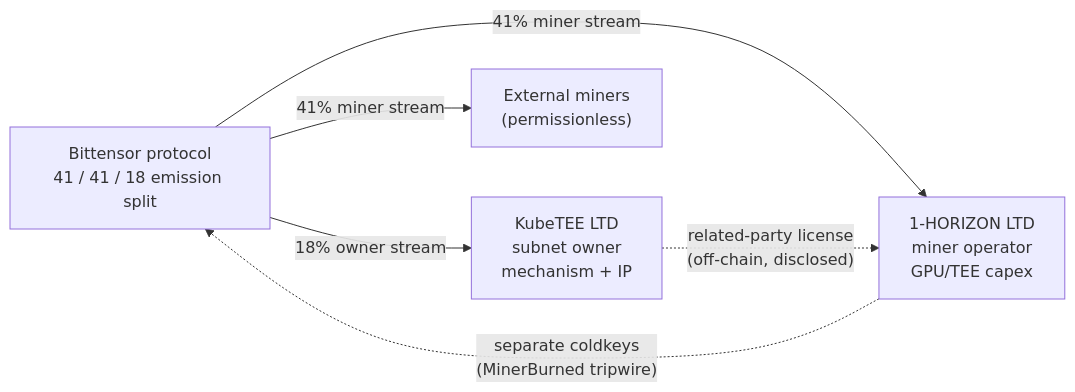
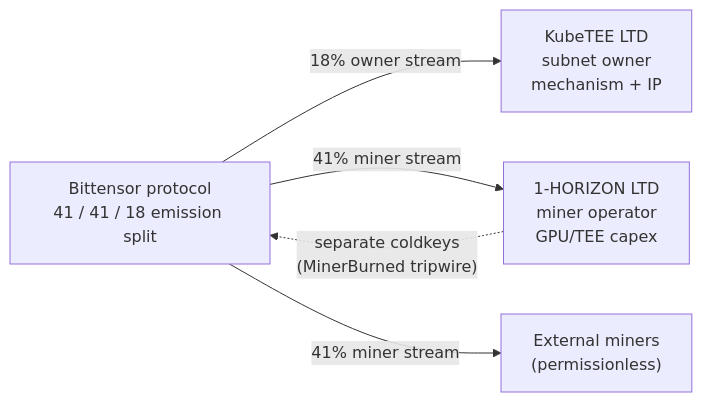
One commit to KubeTEE-AI/kubetee-subnet changed the third of 6 diagrams in README.md. Above: the diagram before and after it, drawn with Mermaid. The commit also changed 1 other file, not shown here.

Commit message:
docs(subnet): drop off-chain license edge from Corporate Structure diagram
Remove the "related-party license (off-chain, disclosed)" edge between
KubeTEE LTD and 1-HORIZON LTD from the Corporate Structure Mermaid diagram
in both README.md and docs/TOKENOMICS.md. Value flows on-chain through
emission streams under the DePIN / Utility Tokenomics model, so there is
no off-chain IP license to depict. The related-party disclosure and
concentration-risk discussion remain in the prose.

````diff
--- a/README.md
+++ b/README.md
@@ -462,9 +462,8 @@
 ```mermaid
 flowchart LR
     Proto["Bittensor protocol<br/>41 / 41 / 18 emission split"]
     Proto -->|18% owner stream| Kube["KubeTEE LTD<br/>subnet owner<br/>mechanism + IP"]
     Proto -->|41% miner stream| Hori["1-HORIZON LTD<br/>miner operator<br/>GPU/TEE capex"]
     Proto -->|41% miner stream| Ext["External miners<br/>(permissionless)"]
     Hori -.->|"separate coldkeys<br/>(MinerBurned tripwire)"| Proto
-    Kube -.->|"related-party license<br/>(off-chain, disclosed)"| Hori
 ```
````
